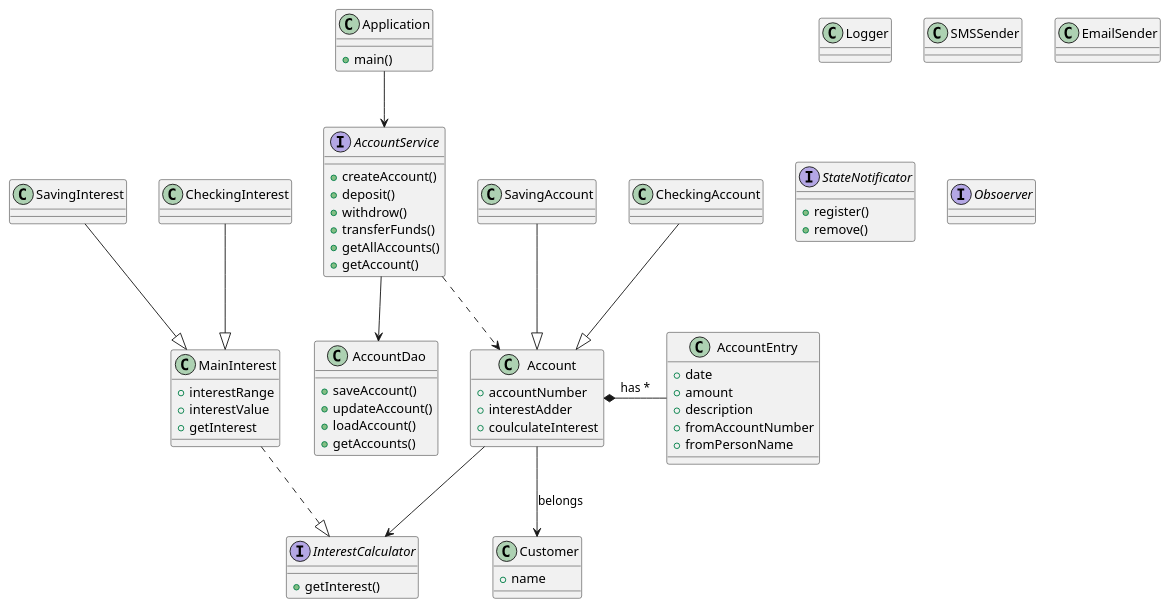
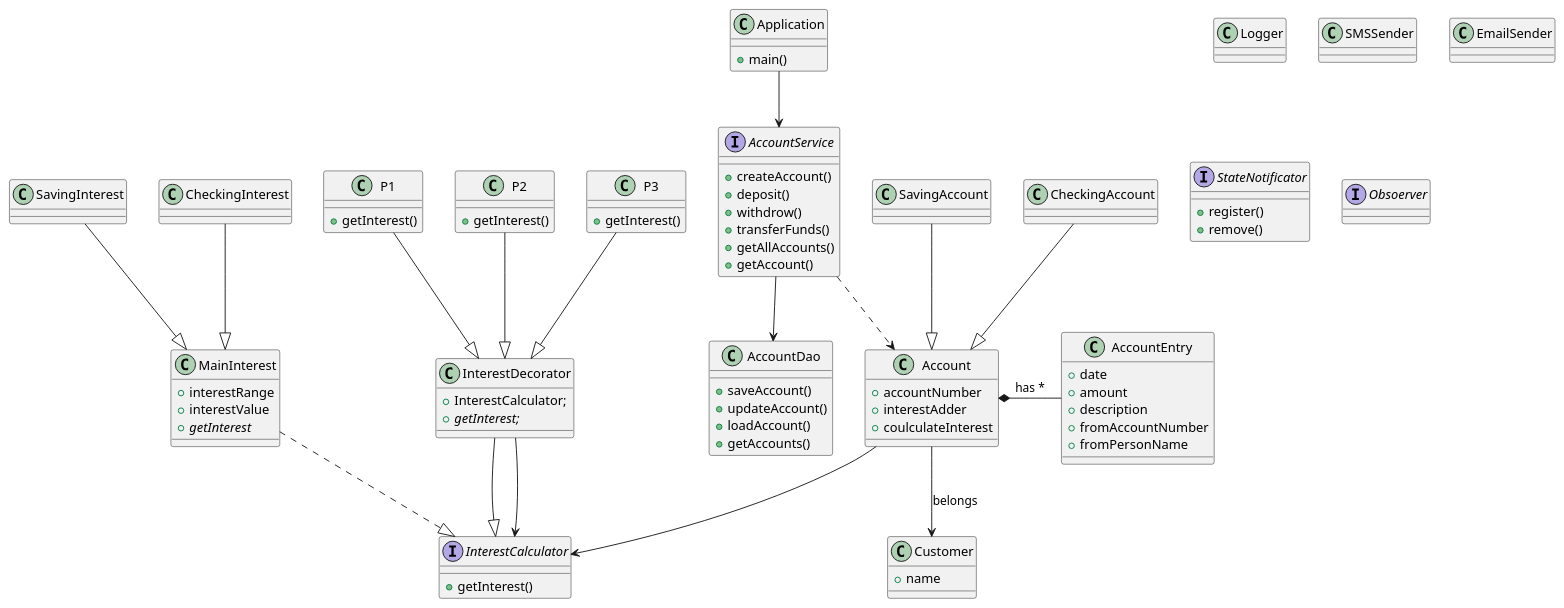
One commit to kgapparov/ASD changed the diagram in src/main/java/edu/mum/cs/cs525/labs/lab3/ClassUML.puml. Above: the diagram before and after it, drawn with PlantUML. The commit also changed 12 other files, not shown here.

Commit message:
image class Diagramm

```diff
--- a/src/main/java/edu/mum/cs/cs525/labs/lab3/ClassUML.puml
+++ b/src/main/java/edu/mum/cs/cs525/labs/lab3/ClassUML.puml
@@ -1,73 +1,91 @@
 @startuml
 class Application{
     +main()
 }
 interface AccountService{
     +createAccount()
     +deposit()
     +withdrow()
     +transferFunds()
     +getAllAccounts()
     +getAccount()
 }
 class AccountDao{
     +saveAccount()
     +updateAccount()
     +loadAccount()
     +getAccounts()
 }
 class Account{
     +accountNumber
     +interestAdder
     +coulculateInterest
 }
 
 class SavingAccount
 class CheckingAccount
 class Customer {
     +name
 }
 
 class AccountEntry {
     +date
     +amount
     +description
     +fromAccountNumber
     +fromPersonName
 }
 'Adding interest interface
 interface InterestCalculator {
     +getInterest()
 }
 
 class MainInterest{
     +interestRange
     +interestValue
-    +getInterest
+    +{abstract}getInterest
 }
+class InterestDecorator{
+    +InterestCalculator;
+    +{abstract}getInterest;
+}
+InterestDecorator --|> InterestCalculator
+InterestDecorator --> InterestCalculator
+class P1 {
+    +getInterest()
+}
+class P2{
+            +getInterest()
+        }
+class P3{
+            +getInterest()
+        }
+P1 --|> InterestDecorator
+P2 --|> InterestDecorator
+P3 --|> InterestDecorator
+
 class SavingInterest {
 }
 class CheckingInterest {
 }
 class Logger{}
 class SMSSender{}
 class EmailSender{}
 interface StateNotificator {
     +register()
     +remove()
-
 }
 interface Obsoerver{}
 Application --> AccountService
 AccountService --> AccountDao
 AccountService ..> Account
 Account --> Customer : belongs
 Account *- AccountEntry: has *
 SavingAccount --|> Account
 CheckingAccount --|> Account
 MainInterest ..|> InterestCalculator
 CheckingInterest --|> MainInterest
 SavingInterest --|> MainInterest
 Account --> InterestCalculator
 
 @enduml
```
